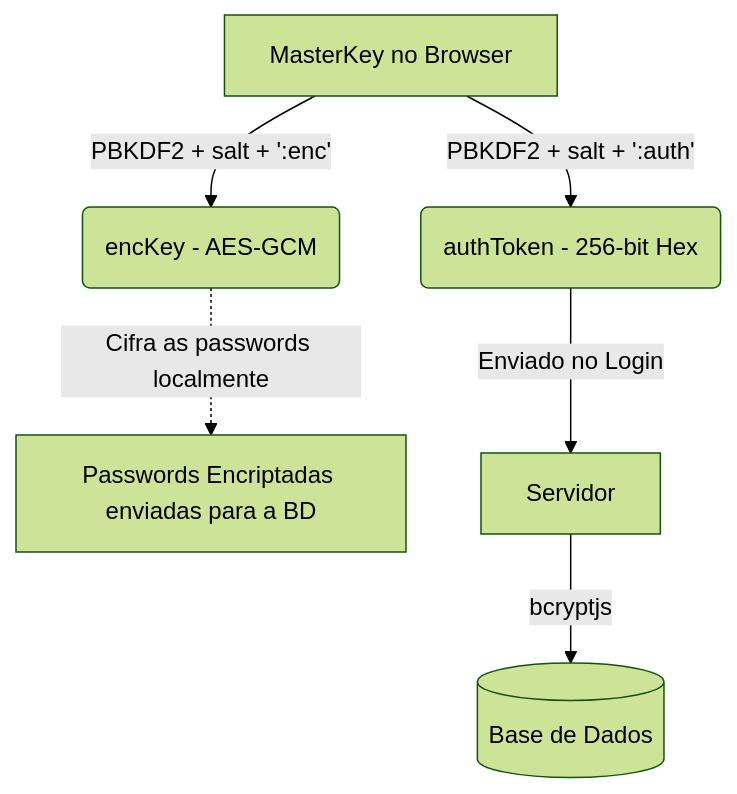
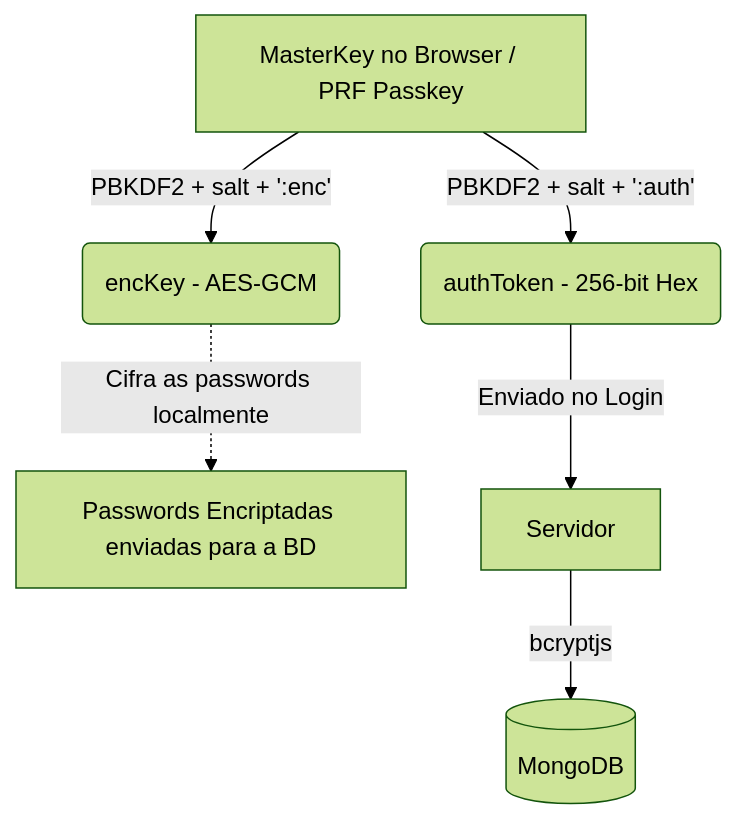
One commit to henriquelaia/KeyZero changed the diagram in README.md. Above: the diagram before and after it, drawn with Mermaid (forest theme). The commit also changed other lines of this file and 2221 other files, not shown here.

````diff
--- a/README.md
+++ b/README.md
@@ -43,8 +44,8 @@
 ```mermaid
 graph TD
-    A[MasterKey no Browser] -->|PBKDF2 + salt + ':enc'| B(encKey - AES-GCM)
+    A[MasterKey no Browser / PRF Passkey] -->|PBKDF2 + salt + ':enc'| B(encKey - AES-GCM)
     A -->|PBKDF2 + salt + ':auth'| C(authToken - 256-bit Hex)
     B -.->|Cifra as passwords localmente| D[Passwords Encriptadas enviadas para a BD]
     C -->|Enviado no Login| E[Servidor]
-    E -->|bcryptjs| F[(Base de Dados)]
+    E -->|bcryptjs| F[(MongoDB)]
 ```
````
